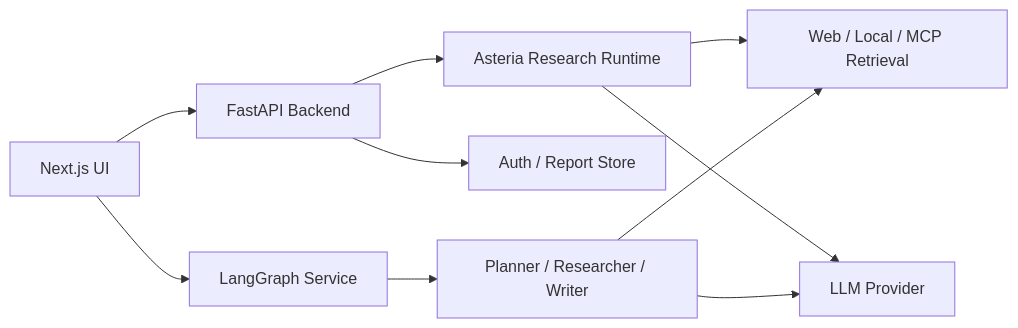
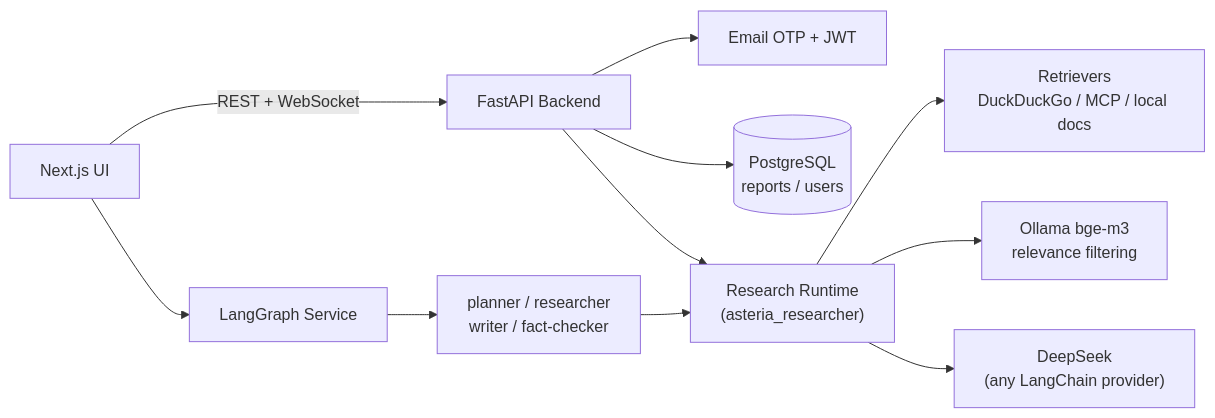
One commit to blurryface13/asteria-agent changed the diagram in README.md. Above: the diagram before and after it, drawn with Mermaid. The commit also changed other lines of this file and 1 other file, not shown here.

````diff
--- a/README.md
+++ b/README.md
@@ -17,12 +38,13 @@
 ```mermaid
 flowchart LR
-    UI["Next.js UI"] --> API["FastAPI Backend"]
-    API --> Runtime["Asteria Research Runtime"]
-    API --> Store["Auth / Report Store"]
-    Runtime --> Retrieval["Web / Local / MCP Retrieval"]
-    Runtime --> LLM["LLM Provider"]
+    UI["Next.js UI"] -->|"REST + WebSocket"| API["FastAPI Backend"]
+    API --> Auth["Email OTP + JWT"]
+    API --> Store[("PostgreSQL<br/>reports / users")]
+    API --> Runtime["Research Runtime<br/>(asteria_researcher)"]
+    Runtime --> Retrieval["Retrievers<br/>DuckDuckGo / MCP / local docs"]
+    Runtime --> Embed["Ollama bge-m3<br/>relevance filtering"]
+    Runtime --> LLM["DeepSeek<br/>(any LangChain provider)"]
     UI --> Graph["LangGraph Service"]
-    Graph --> Agents["Planner / Researcher / Writer"]
-    Agents --> Retrieval
-    Agents --> LLM
+    Graph --> Agents["planner / researcher<br/>writer / fact-checker"]
+    Agents --> Runtime
 ```
````
